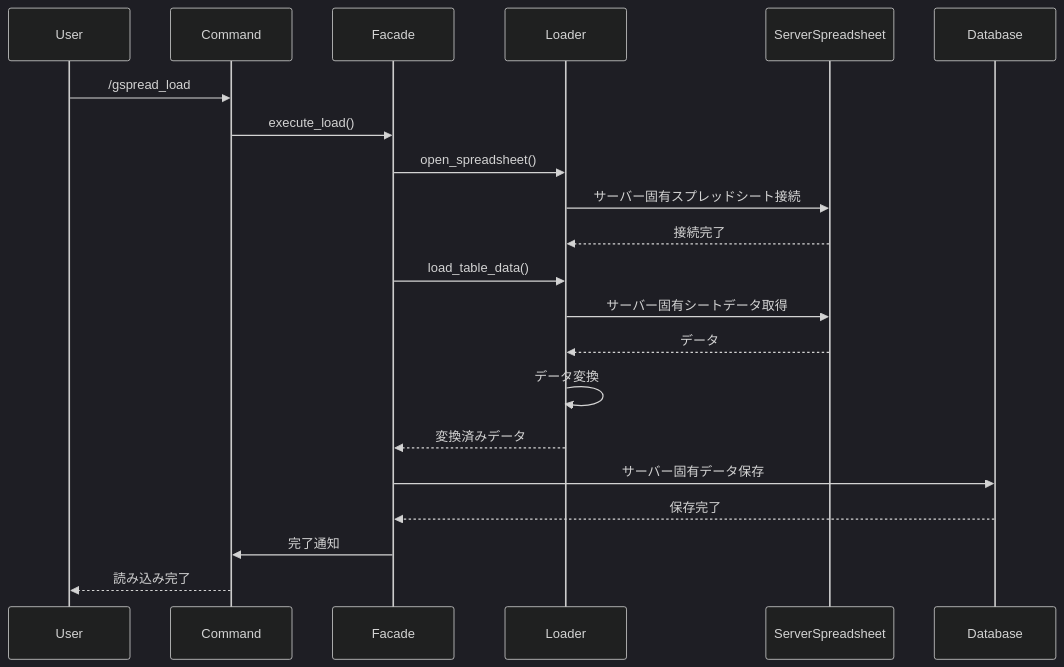
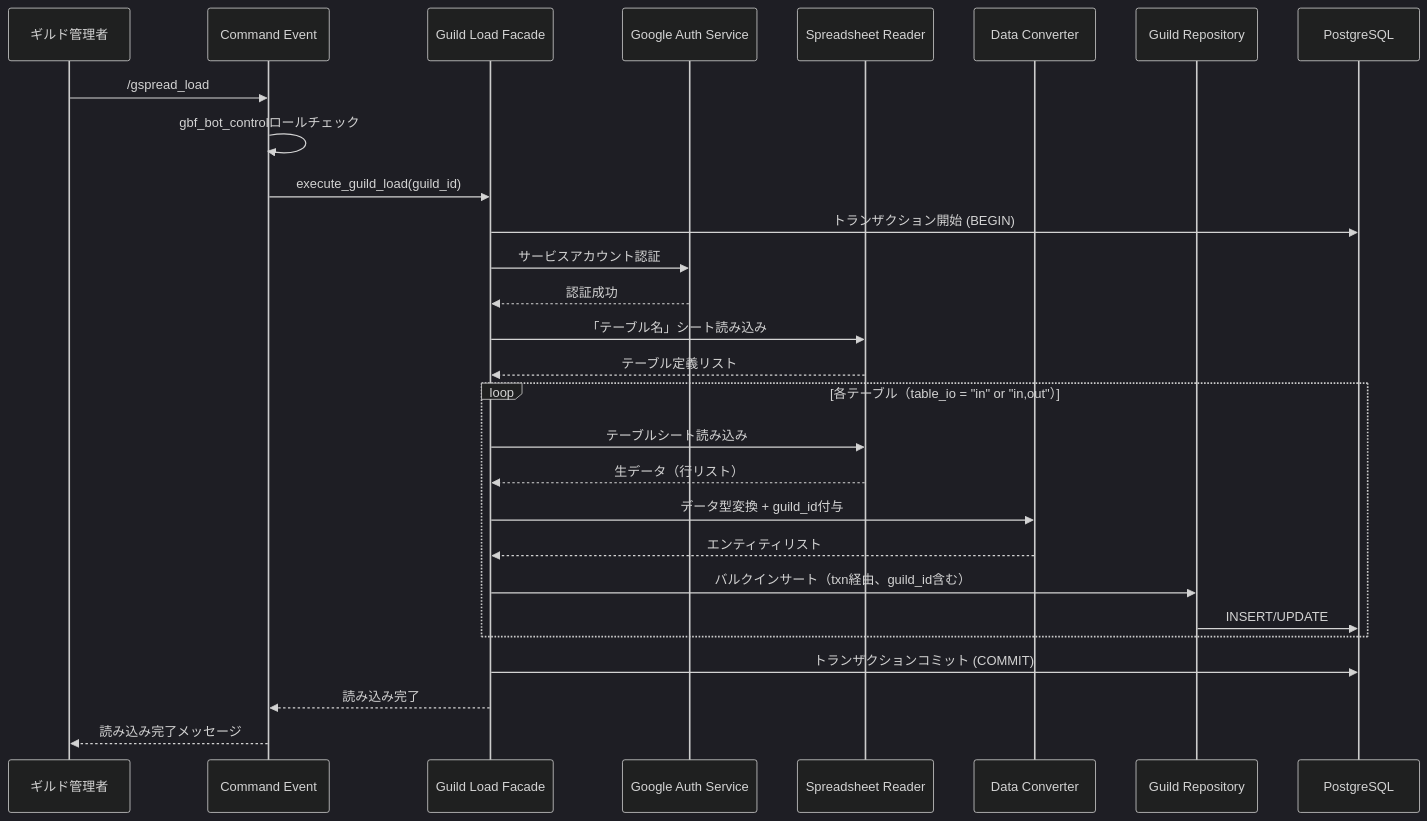
One commit to varubogu/gbf_discord_bot_rs changed the first of 3 diagrams in docs/develop/features/google_spreadsheet_guild.md. Above: the diagram before and after it, drawn with Mermaid (dark theme). The commit also changed other lines of this file and 1 other file, not shown here.

````diff
--- a/docs/develop/features/google_spreadsheet_guild.md
+++ b/docs/develop/features/google_spreadsheet_guild.md
@@ -114,24 +244,38 @@
 ```mermaid
 sequenceDiagram
-    participant U as User
-    participant C as Command
-    participant F as Facade
-    participant L as Loader
-    participant S as ServerSpreadsheet
-    participant D as Database
+    participant User as ギルド管理者
+    participant Event as Command Event
+    participant Facade as Guild Load Facade
+    participant Auth as Google Auth Service
+    participant Reader as Spreadsheet Reader
+    participant Converter as Data Converter
+    participant Repo as Guild Repository
+    participant DB as PostgreSQL
 
-    U->>C: /gspread_load
-    C->>F: execute_load()
-    F->>L: open_spreadsheet()
-    L->>S: サーバー固有スプレッドシート接続
-    S-->>L: 接続完了
-    F->>L: load_table_data()
-    L->>S: サーバー固有シートデータ取得
-    S-->>L: データ
-    L->>L: データ変換
-    L-->>F: 変換済みデータ
-    F->>D: サーバー固有データ保存
-    D-->>F: 保存完了
-    F->>C: 完了通知
-    C-->>U: 読み込み完了
+    User->>Event: /gspread_load
+    Event->>Event: gbf_bot_controlロールチェック
+    Event->>Facade: execute_guild_load(guild_id)
+
+    Facade->>DB: トランザクション開始 (BEGIN)
+
+    Facade->>Auth: サービスアカウント認証
+    Auth-->>Facade: 認証成功
+
+    Facade->>Reader: 「テーブル名」シート読み込み
+    Reader-->>Facade: テーブル定義リスト
+
+    loop 各テーブル（table_io = "in" or "in,out"）
+        Facade->>Reader: テーブルシート読み込み
+        Reader-->>Facade: 生データ（行リスト）
+
+        Facade->>Converter: データ型変換 + guild_id付与
+        Converter-->>Facade: エンティティリスト
+
+        Facade->>Repo: バルクインサート（txn経由、guild_id含む）
+        Repo->>DB: INSERT/UPDATE
+    end
+
+    Facade->>DB: トランザクションコミット (COMMIT)
+    Facade-->>Event: 読み込み完了
+    Event-->>User: 読み込み完了メッセージ
 ```
````
